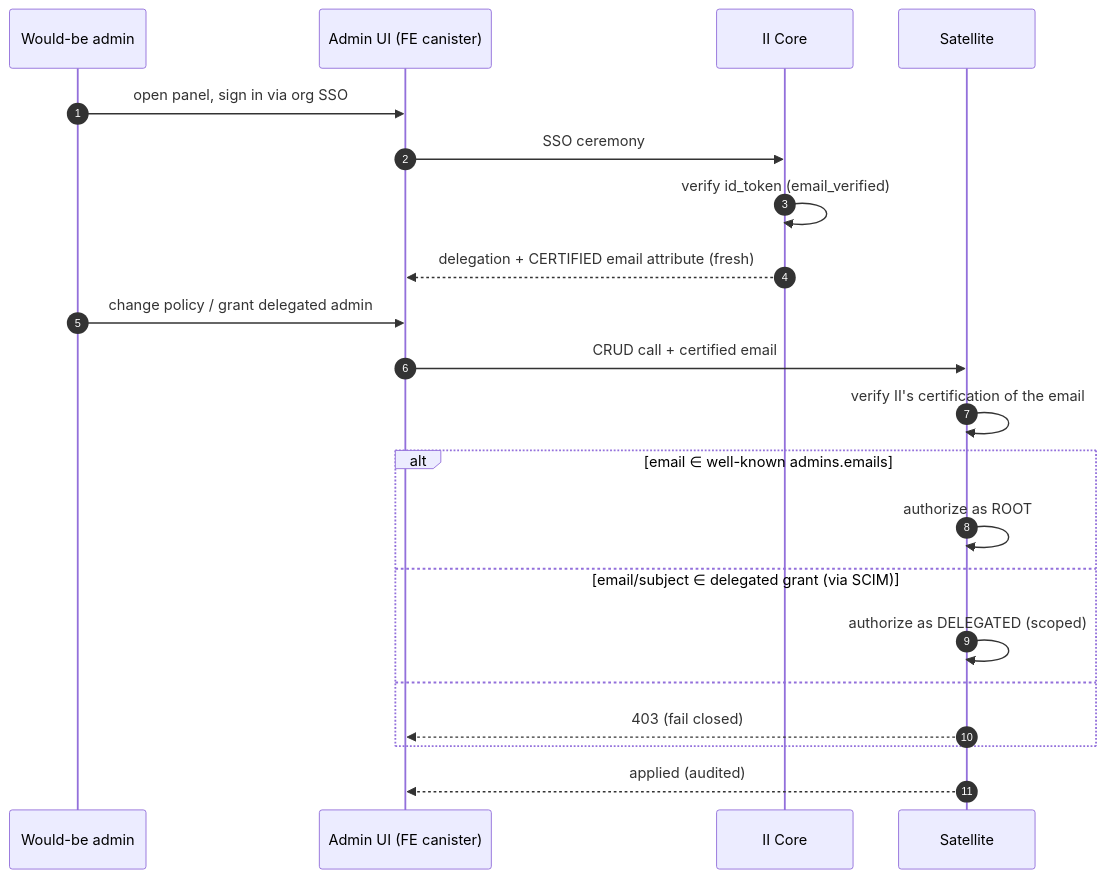
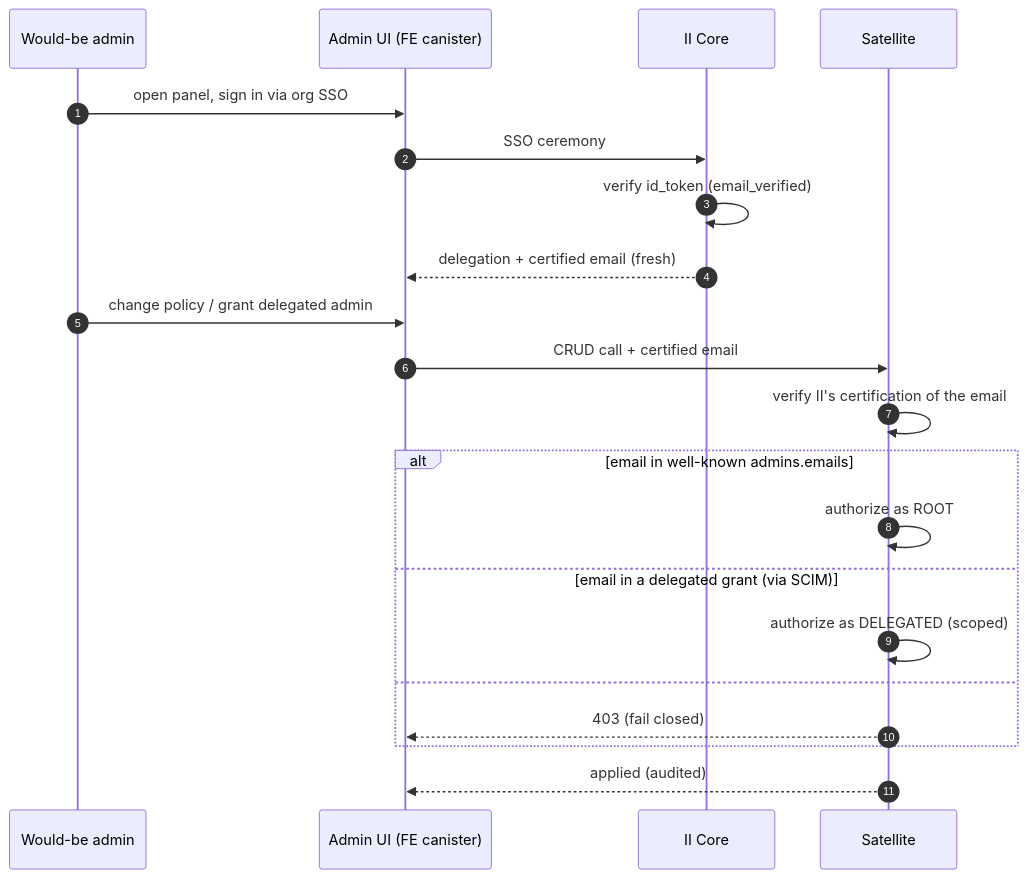
One commit to dfinity/internet-identity changed the fifth of 5 diagrams in docs/ongoing/enterprise-sso-per-app-access-control.md. Above: the diagram before and after it, drawn with Mermaid. The commit also changed other lines of this file, not shown here.

First line of the commit message:
docs: focus the SSO RFC on one implementation; fix mermaid

````diff
--- a/docs/ongoing/enterprise-sso-per-app-access-control.md
+++ b/docs/ongoing/enterprise-sso-per-app-access-control.md
@@ -463,24 +361,23 @@
 ```mermaid
 sequenceDiagram
     autonumber
     participant A as Would-be admin
     participant FE as Admin UI (FE canister)
     participant II as II Core
     participant Sat as Satellite
-
     A->>FE: open panel, sign in via org SSO
     FE->>II: SSO ceremony
     II->>II: verify id_token (email_verified)
-    II-->>FE: delegation + CERTIFIED email attribute (fresh)
+    II-->>FE: delegation + certified email (fresh)
     A->>FE: change policy / grant delegated admin
     FE->>Sat: CRUD call + certified email
     Sat->>Sat: verify II's certification of the email
-    alt email ∈ well-known admins.emails
+    alt email in well-known admins.emails
         Sat->>Sat: authorize as ROOT
-    else email/subject ∈ delegated grant (via SCIM)
+    else email in a delegated grant (via SCIM)
         Sat->>Sat: authorize as DELEGATED (scoped)
     else
         Sat-->>FE: 403 (fail closed)
     end
     Sat-->>FE: applied (audited)
 ```
````
